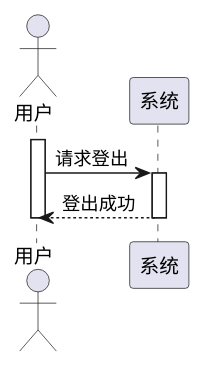
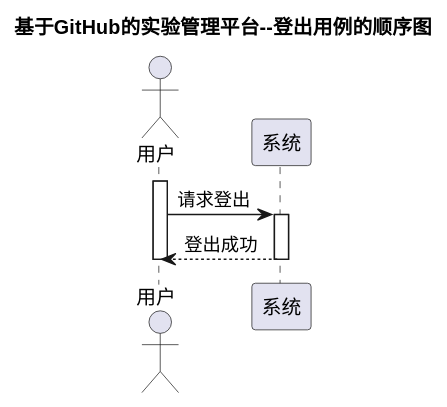
Before and after one commit to YYttaa/is_analysis-2: the diagram in test6/puml/LoginOut.puml, drawn with PlantUML. The commit also changed 33 other files, not shown here.

```diff
--- a/test6/puml/LoginOut.puml
+++ b/test6/puml/LoginOut.puml
@@ -1,9 +1,10 @@
 @startuml
+title 基于GitHub的实验管理平台--登出用例的顺序图
 actor 用户
 activate 用户
 用户->系统:请求登出
 activate 系统
 系统-->用户:登出成功
 deactivate 系统
 deactivate 用户
 @enduml
```
